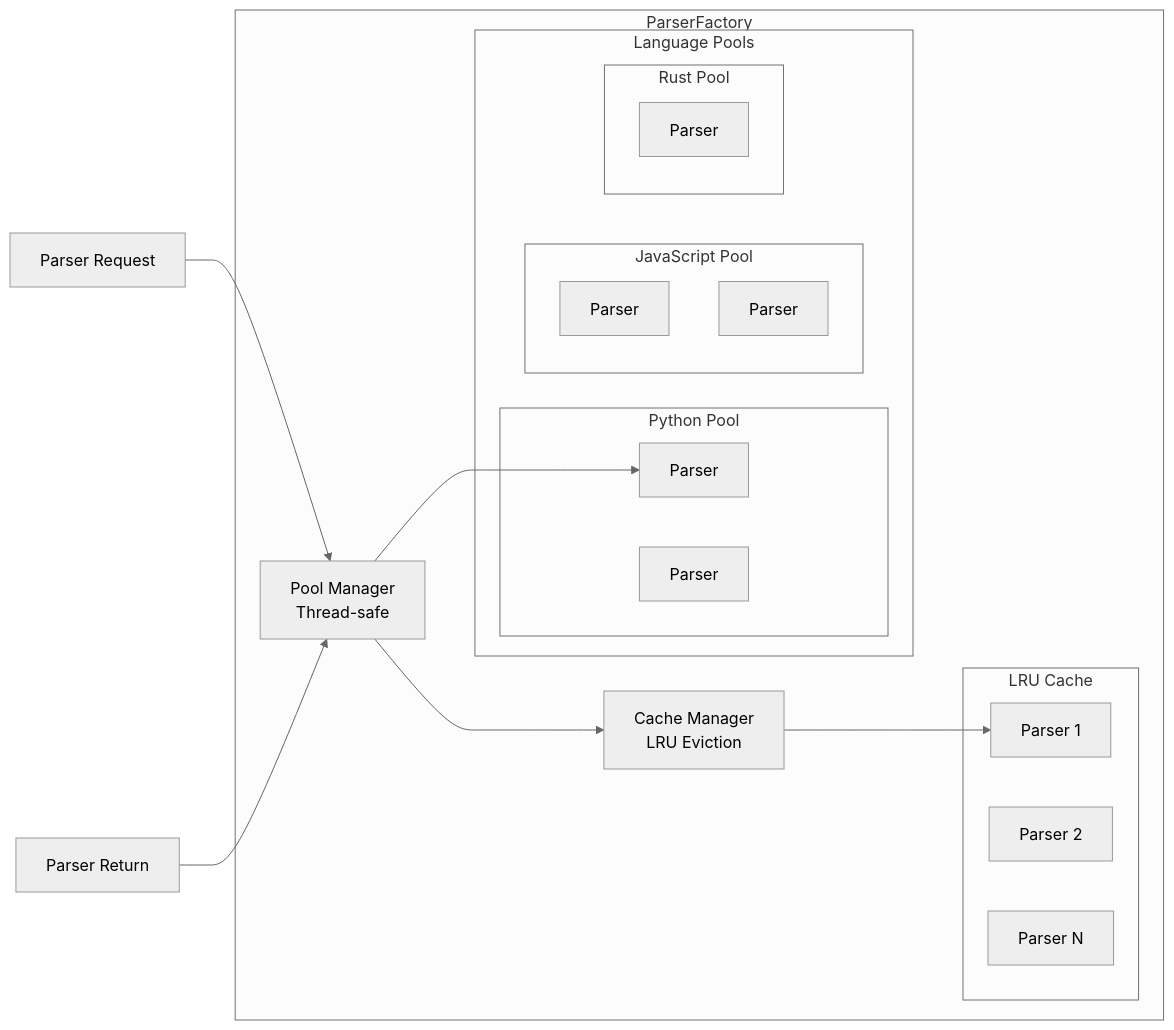
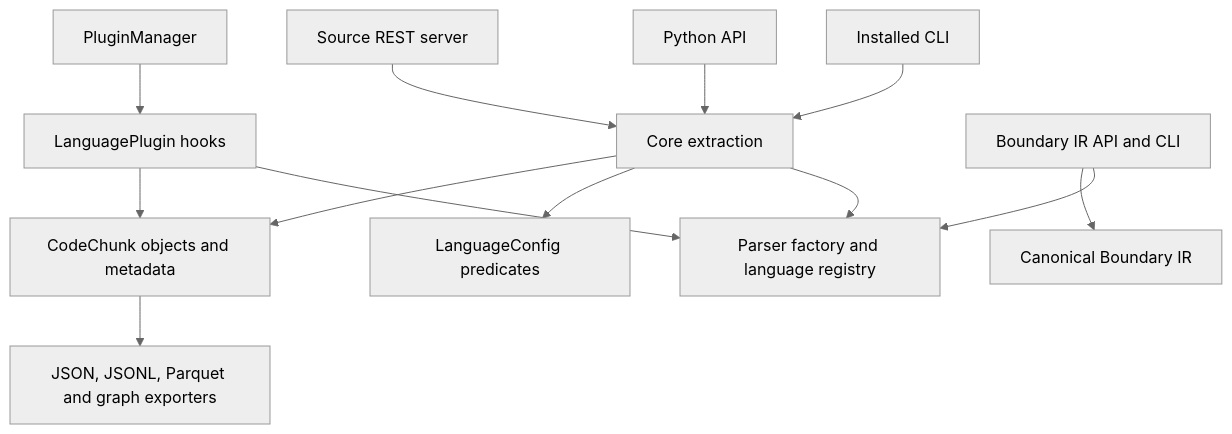
One commit to Consiliency/treesitter-chunker changed the first of 3 diagrams in docs/architecture.md. Above: the diagram before and after it, drawn with Mermaid (neutral theme). The commit also changed other lines of this file and 18 other files, not shown here.

````diff
--- a/docs/architecture.md
+++ b/docs/architecture.md
@@ -143,33 +9,15 @@
 ```mermaid
-graph LR
-    subgraph "ParserFactory"
-        subgraph "LRU Cache"
-            C1[Parser 1]
-            C2[Parser 2]
-            C3[Parser N]
-        end
-        
-        subgraph "Language Pools"
-            subgraph "Python Pool"
-                PP1[Parser]
-                PP2[Parser]
-            end
-            subgraph "JavaScript Pool"
-                JP1[Parser]
-                JP2[Parser]
-            end
-            subgraph "Rust Pool"
-                RP1[Parser]
-            end
-        end
-        
-        PM[Pool Manager<br/>Thread-safe]
-        CM[Cache Manager<br/>LRU Eviction]
-    end
-    
-    REQ[Parser Request] --> PM
-    PM --> CM
-    CM --> C1
-    PM --> PP1
-    RET[Parser Return] --> PM
+flowchart TD
+    CLI[Installed CLI] --> Core[Core extraction]
+    API[Python API] --> Core
+    REST[Source REST server] --> Core
+    Core --> Parser[Parser factory and language registry]
+    Core --> Config[LanguageConfig predicates]
+    Core --> Chunks[CodeChunk objects and metadata]
+    Plugins[PluginManager] --> Hooks[LanguagePlugin hooks]
+    Hooks --> Parser
+    Hooks --> Chunks
+    Chunks --> Export[JSON, JSONL, Parquet and graph exporters]
+    Boundary[Boundary IR API and CLI] --> Parser
+    Boundary --> IR[Canonical Boundary IR]
 ```
````
